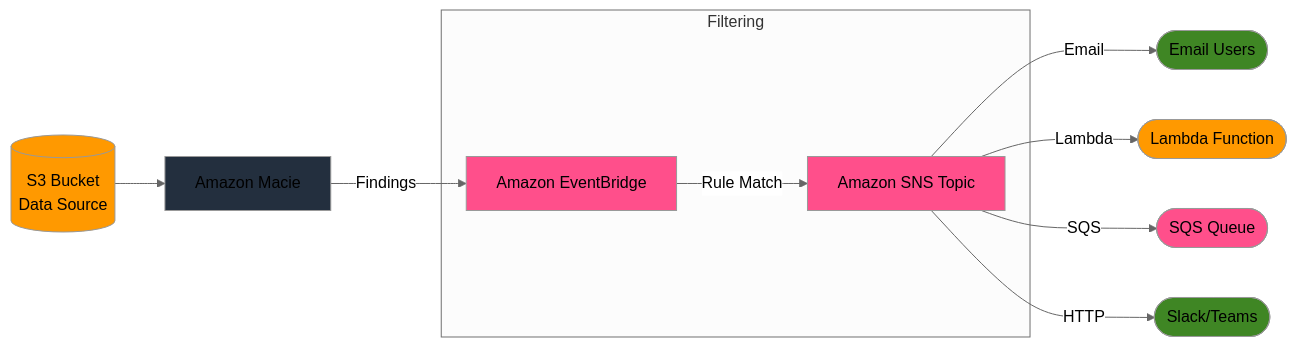
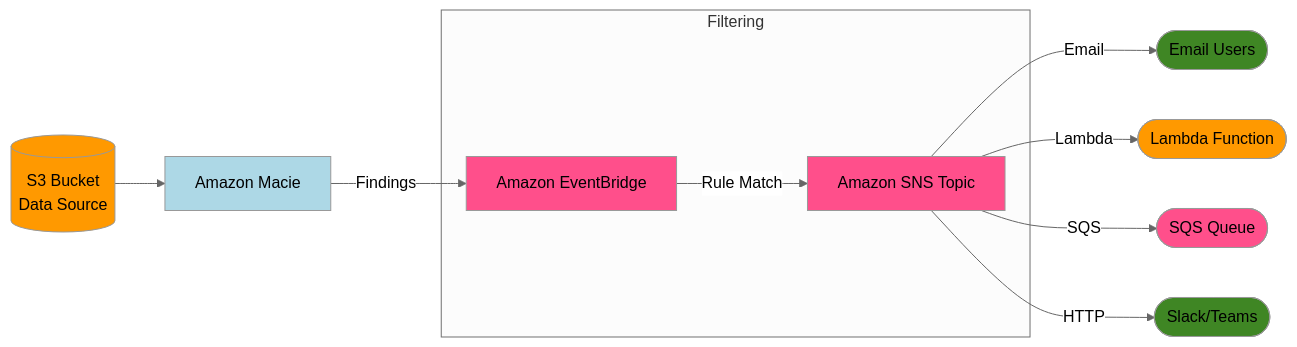
One commit to puglieseweb/puglieseweb.com changed the diagram in software-development/aws/security/ai-based-security/mecie-s3.md. Above: the diagram before and after it, drawn with Mermaid (neutral theme).

Commit message:
GITBOOK-559: No subject

````diff
--- a/software-development/aws/security/ai-based-security/mecie-s3.md
+++ b/software-development/aws/security/ai-based-security/mecie-s3.md
@@ -14,23 +14,23 @@
 ```mermaid
 flowchart LR
     S3[("S3 Bucket\nData Source")] --> Macie[Amazon Macie]
     Macie -->|Findings| EventBridge[Amazon EventBridge]
     
     subgraph Filtering
         EventBridge -->|Rule Match| SNS[Amazon SNS Topic]
     end
     
     SNS -->|Email| Users([Email Users])
     SNS -->|Lambda| Lambda([Lambda Function])
     SNS -->|SQS| Queue([SQS Queue])
     SNS -->|HTTP| Webhook([Slack/Teams])
     
     style S3 fill:#FF9900
-    style Macie fill:#232F3E
+    style Macie fill:lightblue
     style EventBridge fill:#FF4F8B
     style SNS fill:#FF4F8B
     style Users fill:#3F8624
     style Lambda fill:#FF9900
     style Queue fill:#FF4F8B
     style Webhook fill:#3F8624
 ```
````
